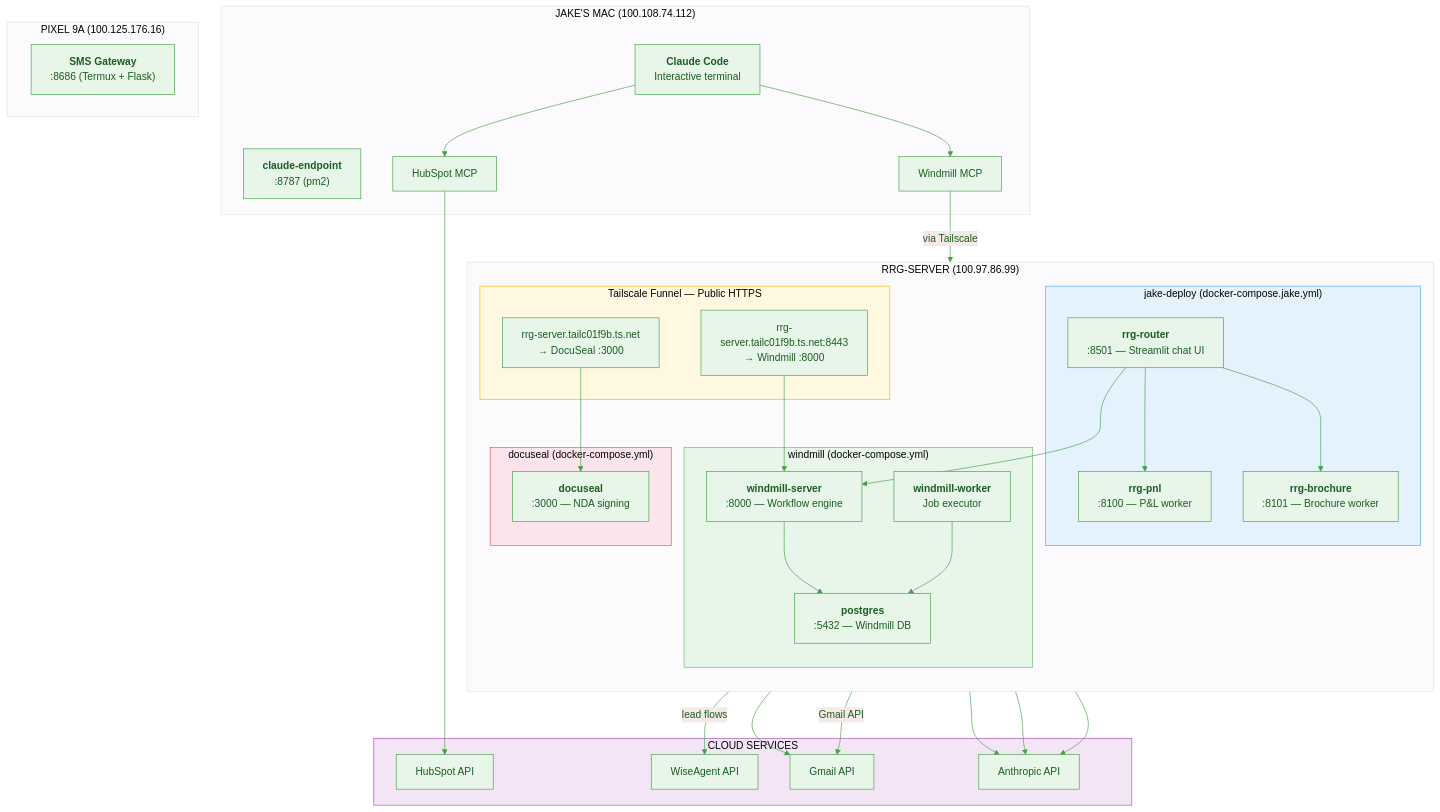
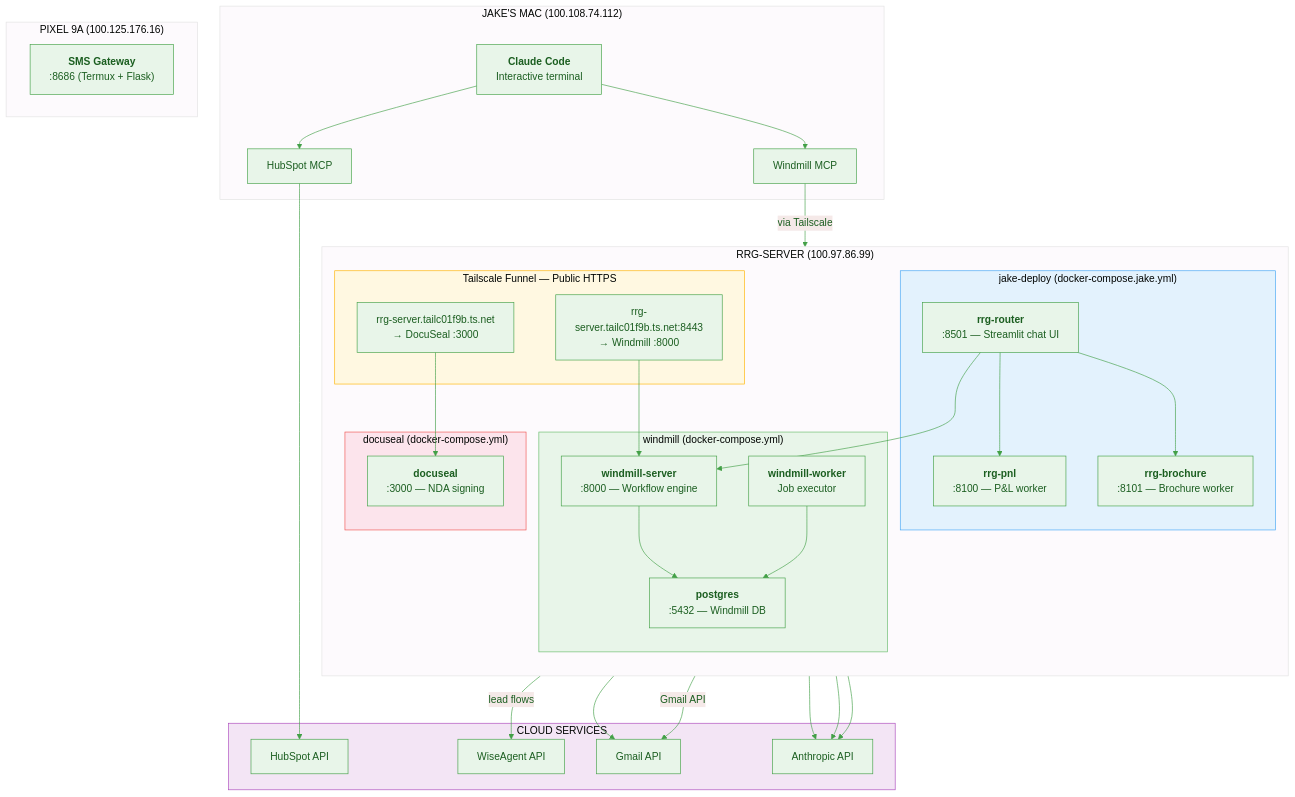
One commit to BeastofOne/rrg-server changed the second of 5 diagrams in docs/ARCHITECTURE.md. Above: the diagram before and after it, drawn with Mermaid. The commit also changed 3 other files, not shown here.

```diff
--- a/docs/ARCHITECTURE.md
+++ b/docs/ARCHITECTURE.md
@@ -87,7 +87,6 @@
 
     subgraph MAC["JAKE'S MAC (100.108.74.112)"]
         CLAUDE_CLI["<b>Claude Code</b><br/>Interactive terminal"]
-        CLAUDE_EP["<b>claude-endpoint</b><br/>:8787 (pm2)"]
         MCP_HS["HubSpot MCP"]
         MCP_WM["Windmill MCP"]
     end
```
